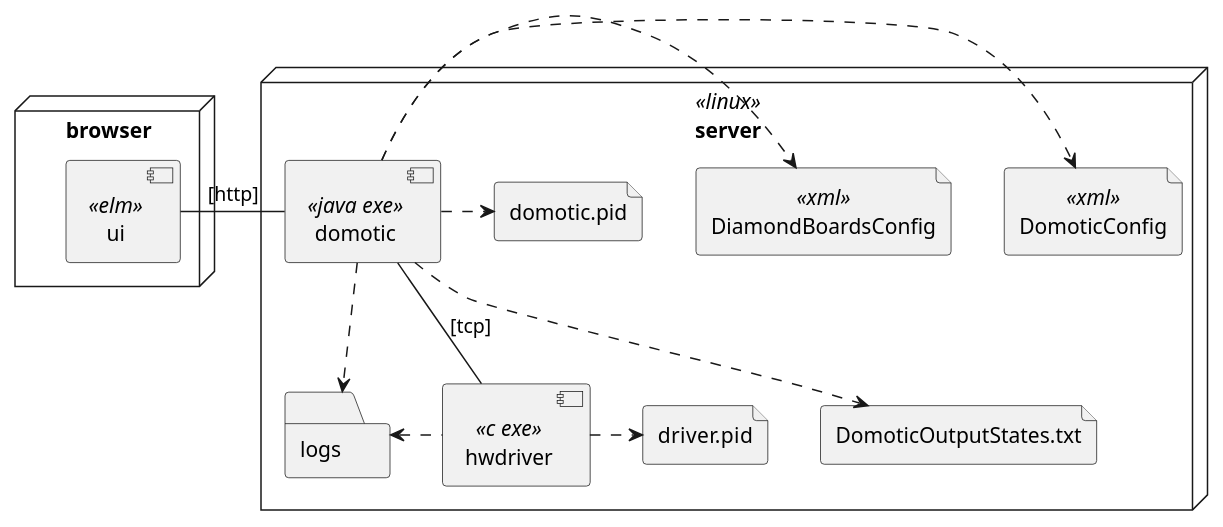
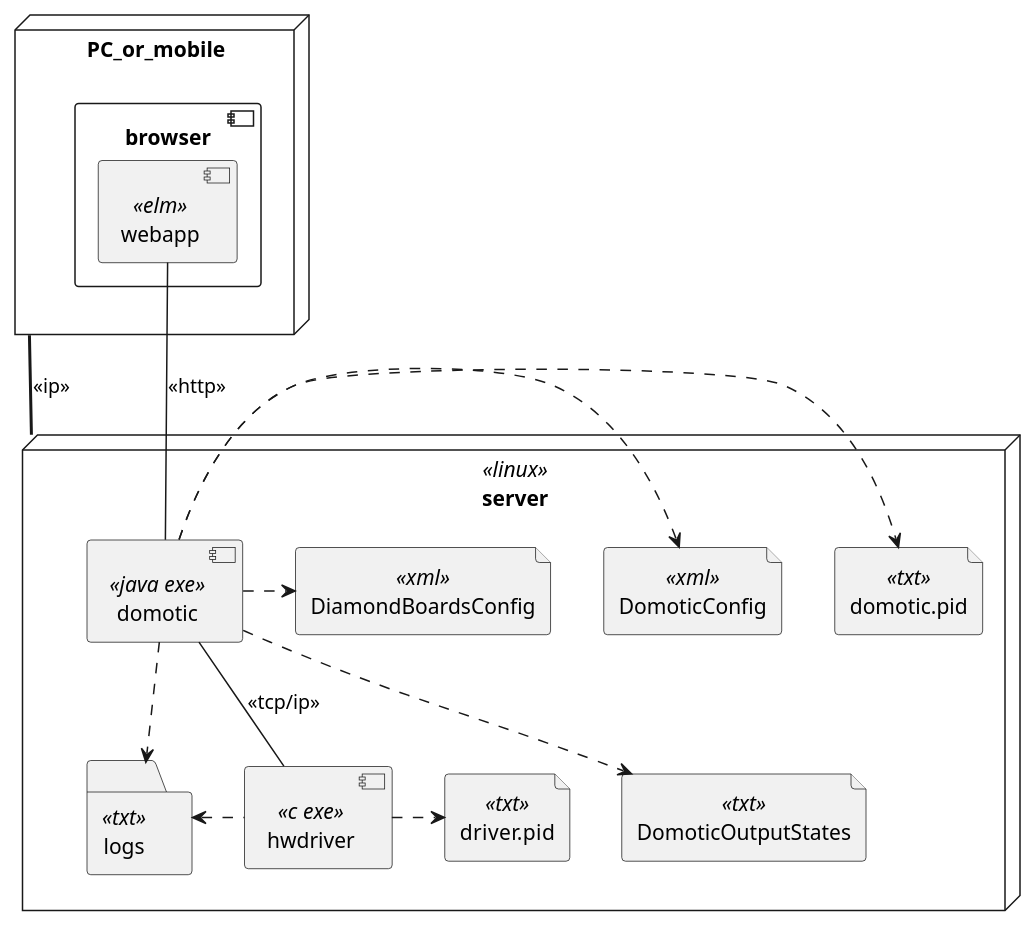
Before and after one commit to dvaneynde/home-automation: the second of 8 diagrams in DESIGN.md, drawn with PlantUML. The commit also changed other lines of this file and 1 other file, not shown here.

````diff
--- a/DESIGN.md
+++ b/DESIGN.md
@@ -176,34 +197,34 @@
 ```plantuml
 @startuml Deployment
 
-node browser  {
-    component ui <<elm>>
+node PC_or_mobile  {
+    component browser {
+        component webapp <<elm>>
+    }
 }
 
 node server <<linux>> {
-    component domotic <<java exe>> {
-
-    }
-    component hwdriver <<c exe>>{
-
-    }
+    component domotic <<java exe>>
+    component hwdriver <<c exe>>
     file DiamondBoardsConfig <<xml>>
     file DomoticConfig <<xml>>
-    file domotic.pid
-    file driver.pid
-    file DomoticOutputStates.txt
-    folder logs
+    file domotic.pid <<txt>>
+    file driver.pid <<txt>>
+    file DomoticOutputStates <<txt>>
+    folder logs <<txt>>
 }
 
-ui -r- domotic : [http]
-domotic -- hwdriver : [tcp]
+PC_or_mobile -= server : <<ip>>
+
+webapp -- domotic : <<http>>
+domotic -- hwdriver : <<tcp/ip>>
 domotic .> DomoticConfig
 domotic .> DiamondBoardsConfig
 domotic .> domotic.pid
-domotic ..> DomoticOutputStates.txt
+domotic ..> DomoticOutputStates
 hwdriver .> driver.pid
 domotic ..> logs
 logs <. hwdriver
 
 @enduml
 ```
````
